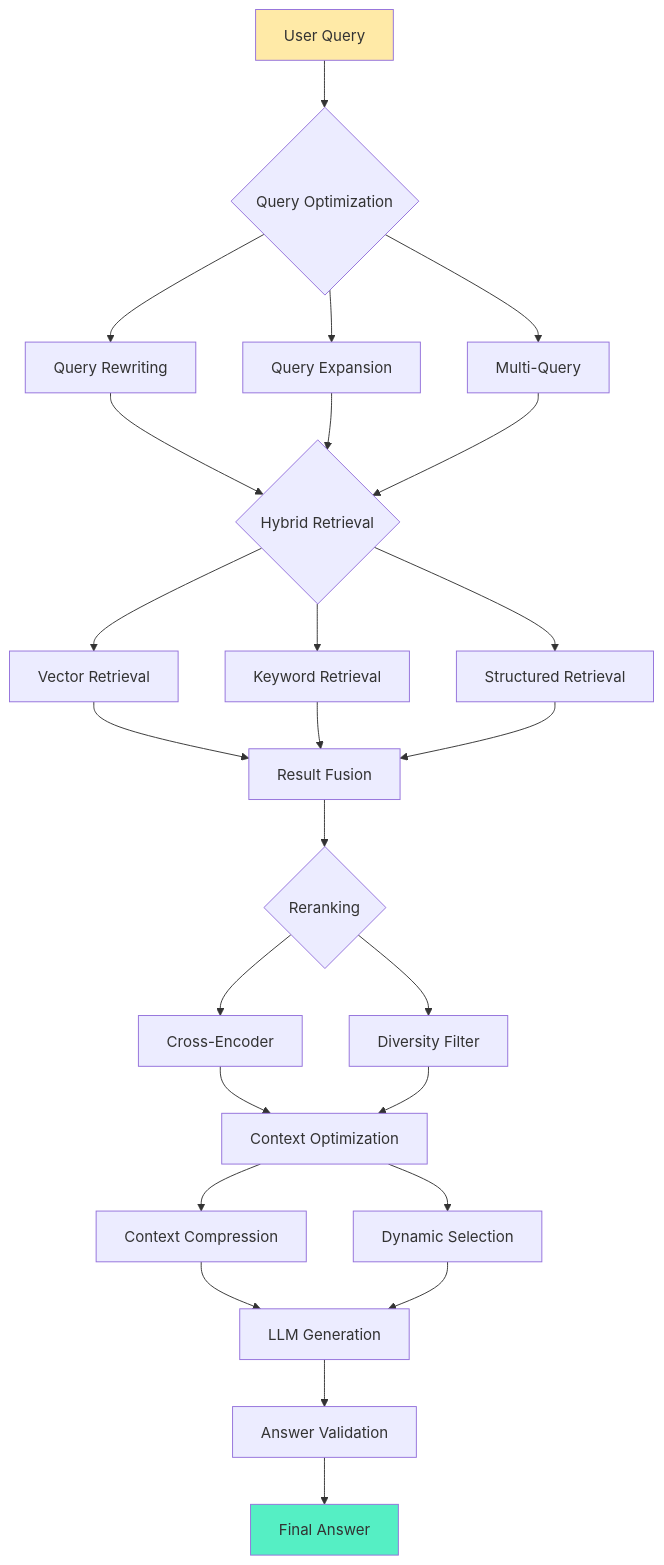
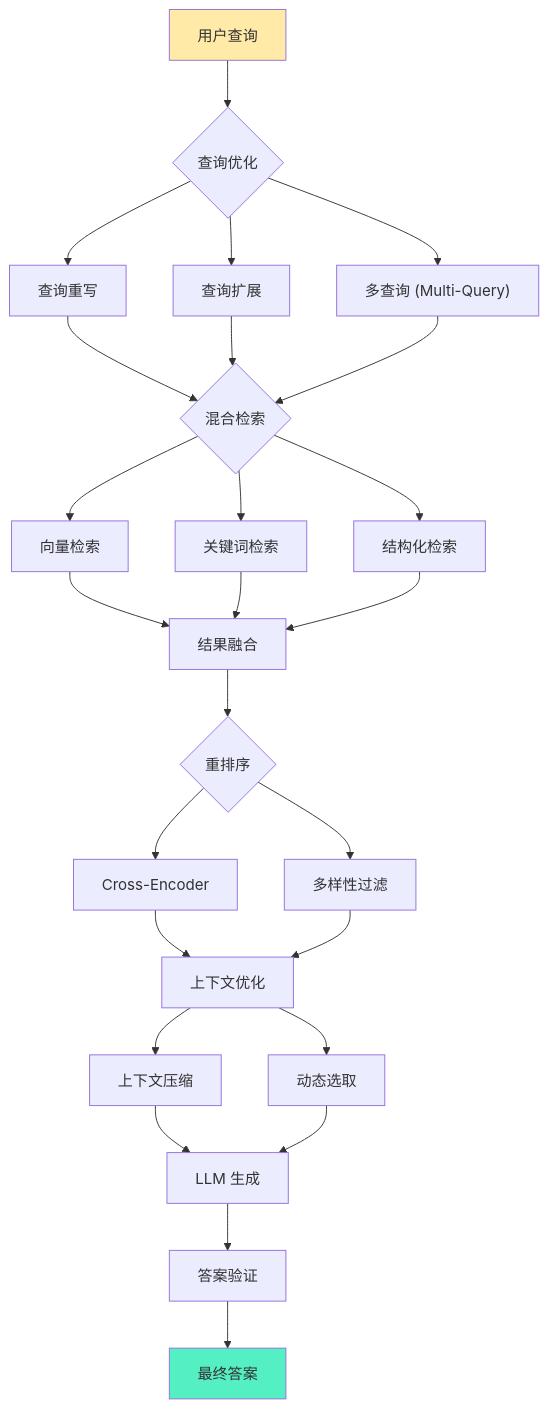
Diagram 13 of 15 in i18n/zh-Hans/docusaurus-plugin-content-docs/current/ai/rag/01-introduction.mdx (YiWang24/AiDIY), drawn with Mermaid before and after one commit. The commit also changed other lines of this file and 59 other files, not shown here.

````diff
--- a/i18n/zh-Hans/docusaurus-plugin-content-docs/current/ai/rag/01-introduction.mdx
+++ b/i18n/zh-Hans/docusaurus-plugin-content-docs/current/ai/rag/01-introduction.mdx
@@ -1351,38 +1349,38 @@
 ```mermaid
 flowchart TB
-    A["User Query"] --> B{"Query Optimization"}
-    B --> B1["Query Rewriting"]
-    B --> B2["Query Expansion"]
-    B --> B3["Multi-Query"]
+    A["用户查询"] --> B{"查询优化"}
+    B --> B1["查询重写"]
+    B --> B2["查询扩展"]
+    B --> B3["多查询 (Multi-Query)"]
 
-    B1 --> C{"Hybrid Retrieval"}
+    B1 --> C{"混合检索"}
     B2 --> C
     B3 --> C
 
-    C --> C1["Vector Retrieval"]
-    C --> C2["Keyword Retrieval"]
-    C --> C3["Structured Retrieval"]
+    C --> C1["向量检索"]
+    C --> C2["关键词检索"]
+    C --> C3["结构化检索"]
 
-    C1 --> D["Result Fusion"]
+    C1 --> D["结果融合"]
     C2 --> D
     C3 --> D
 
-    D --> E{"Reranking"}
+    D --> E{"重排序"}
     E --> E1["Cross-Encoder"]
-    E --> E2["Diversity Filter"]
+    E --> E2["多样性过滤"]
 
-    E1 --> F["Context Optimization"]
+    E1 --> F["上下文优化"]
     E2 --> F
 
-    F --> F1["Context Compression"]
-    F --> F2["Dynamic Selection"]
+    F --> F1["上下文压缩"]
+    F --> F2["动态选取"]
 
-    F1 --> G["LLM Generation"]
+    F1 --> G["LLM 生成"]
     F2 --> G
 
-    G --> H["Answer Validation"]
-    H --> I["Final Answer"]
+    G --> H["答案验证"]
+    H --> I["最终答案"]
 
     style A fill:#ffeaa7
     style I fill:#55efc4
 ```
````
